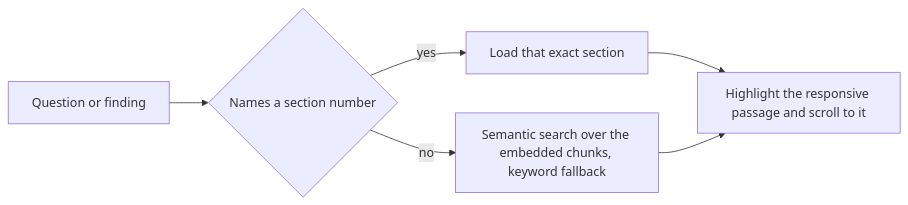
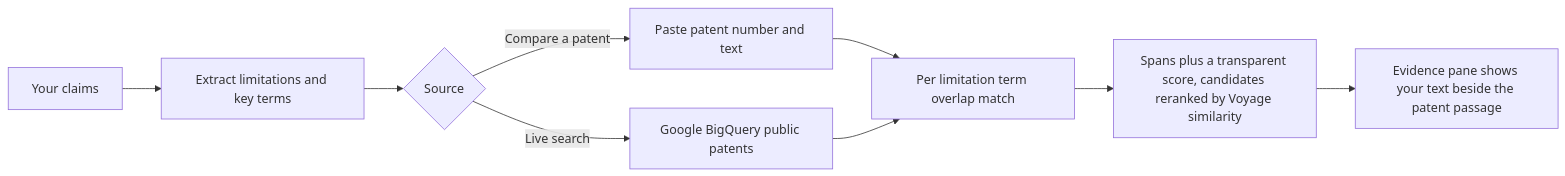
The second of 2 diagrams in README.md (aaravmin/Pincite), drawn with Mermaid before and after one commit. The commit also changed other lines of this file, not shown here.

````diff
--- a/README.md
+++ b/README.md
@@ -153,8 +158,11 @@
 ```mermaid
 flowchart LR
-  A[Question or finding] --> B{Names a section number}
-  B -->|yes| C[Load that exact section]
-  B -->|no| D[Semantic search over the embedded chunks, keyword fallback]
-  C --> E[Highlight the responsive passage and scroll to it]
-  D --> E
+  A[Your claims] --> B[Extract limitations and key terms]
+  B --> C{Source}
+  C -->|Compare a patent| D[Paste patent number and text]
+  C -->|Live search| E[Google BigQuery public patents]
+  D --> F[Per limitation term overlap match]
+  E --> F
+  F --> G[Spans plus a transparent score, candidates reranked by Voyage similarity]
+  G --> H[Evidence pane shows your text beside the patent passage]
 ```
````
